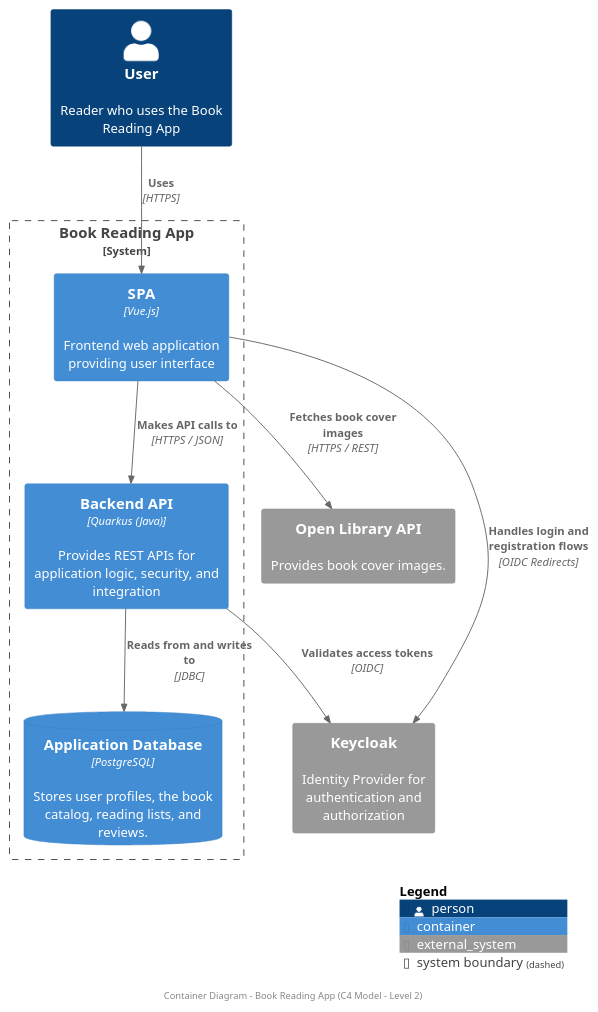
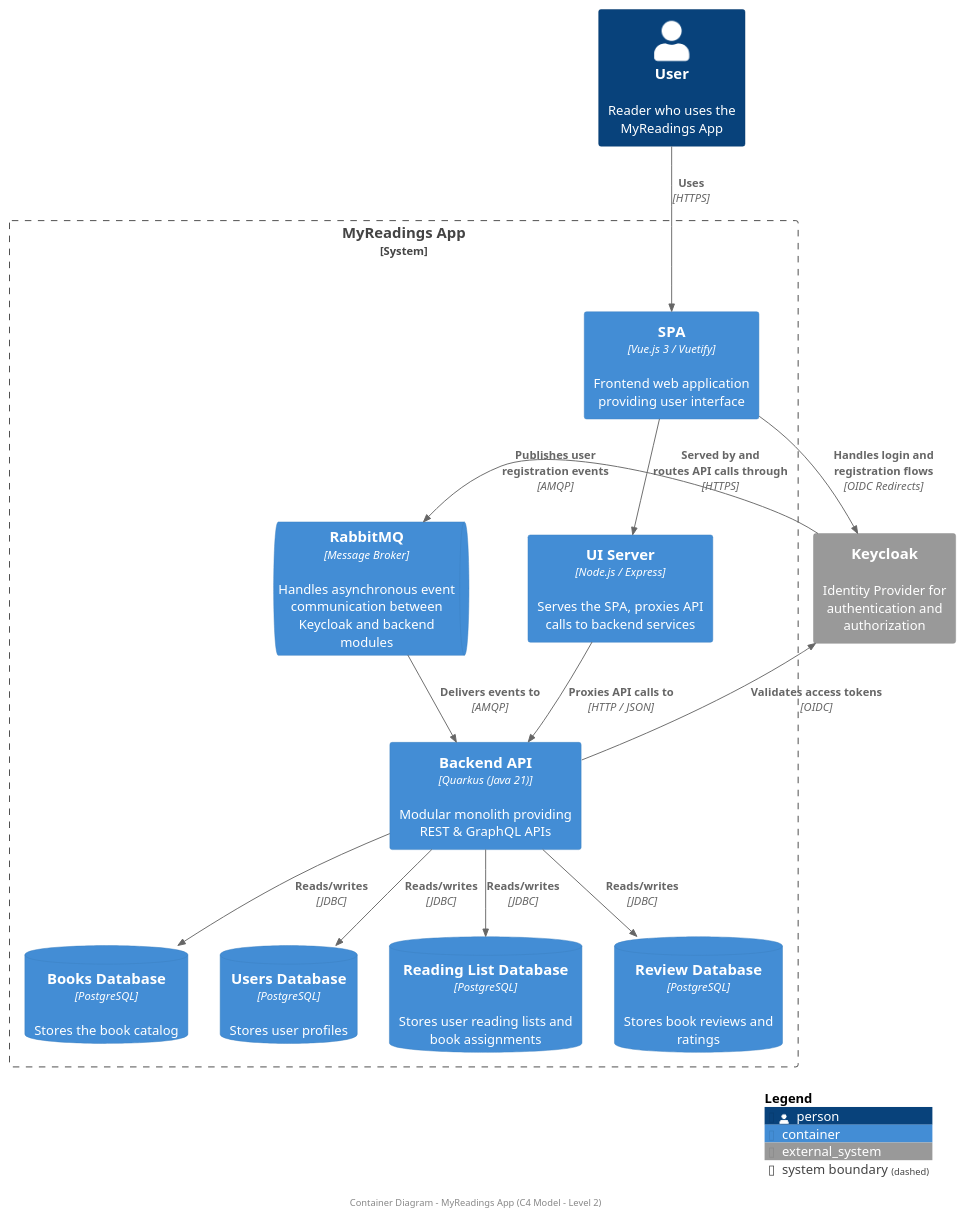
One commit to too-common-name/myreadings changed the diagram in doc/C4/l2-container.puml. Above: the diagram before and after it, drawn with PlantUML. The commit also changed 7 other files, not shown here.

```diff
--- a/doc/C4/l2-container.puml
+++ b/doc/C4/l2-container.puml
@@ -1,24 +1,32 @@
 @startuml
 !include https://raw.githubusercontent.com/kirchsth/C4-PlantUML/extended/C4_Container.puml
 
-System_Boundary(b, "Book Reading App") {
-    Container(SPA, "SPA", "Vue.js", "Frontend web application providing user interface", $tags="Frontend")
-    ContainerDb(AppDB, "Application Database", "PostgreSQL", "Stores user profiles, the book catalog, reading lists, and reviews.", $tags="Backend")
-    Container(BackendAPI, "Backend API", "Quarkus (Java)", "Provides REST APIs for application logic, security, and integration", $tags="Backend")
+Person(User, "User", "Reader who uses the MyReadings App")
+System_Ext(Keycloak, "Keycloak", "Identity Provider for authentication and authorization")
+
+System_Boundary(b, "MyReadings App") {
+    Container(SPA, "SPA", "Vue.js 3 / Vuetify", "Frontend web application providing user interface")
+    Container(NodeServer, "UI Server", "Node.js / Express", "Serves the SPA, proxies API calls to backend services")
+    Container(BackendAPI, "Backend API", "Quarkus (Java 21)", "Modular monolith providing REST & GraphQL APIs")
+    ContainerQueue(RabbitMQ, "RabbitMQ", "Message Broker", "Handles asynchronous event communication between Keycloak and backend modules")
+    ContainerDb(BooksDB, "Books Database", "PostgreSQL", "Stores the book catalog")
+    ContainerDb(UsersDB, "Users Database", "PostgreSQL", "Stores user profiles")
+    ContainerDb(ReadingListDB, "Reading List Database", "PostgreSQL", "Stores user reading lists and book assignments")
+    ContainerDb(ReviewDB, "Review Database", "PostgreSQL", "Stores book reviews and ratings")
 }
 
-Person(User, "User", "Reader who uses the Book Reading App")
-System_Ext(OpenLibraryAPI, "Open Library API", "Provides book cover images.")
-System_Ext(Keycloak, "Keycloak", "Identity Provider for authentication and authorization")
-
-
 Rel(User, SPA, "Uses", "HTTPS")
-Rel(SPA, Keycloak, "Handles login and registration flows", "OIDC Redirects")
+Rel(SPA, NodeServer, "Served by and\nroutes API calls through", "HTTPS")
+Rel(NodeServer, BackendAPI, "Proxies API calls to", "HTTP / JSON")
+Rel(SPA, Keycloak, "Handles login and\nregistration flows", "OIDC Redirects")
 Rel(BackendAPI, Keycloak, "Validates access tokens", "OIDC")
-Rel(SPA, BackendAPI, "Makes API calls to", "HTTPS / JSON")
-Rel(SPA, OpenLibraryAPI, "Fetches book cover images", "HTTPS / REST")
-Rel(BackendAPI, AppDB, "Reads from and writes to", "JDBC")
+Rel(Keycloak, RabbitMQ, "Publishes user\nregistration events", "AMQP")
+Rel(RabbitMQ, BackendAPI, "Delivers events to", "AMQP")
+Rel(BackendAPI, BooksDB, "Reads/writes", "JDBC")
+Rel(BackendAPI, UsersDB, "Reads/writes", "JDBC")
+Rel(BackendAPI, ReadingListDB, "Reads/writes", "JDBC")
+Rel(BackendAPI, ReviewDB, "Reads/writes", "JDBC")
 
 SHOW_LEGEND()
-footer Container Diagram - Book Reading App (C4 Model - Level 2)
+footer Container Diagram - MyReadings App (C4 Model - Level 2)
 @enduml
```
